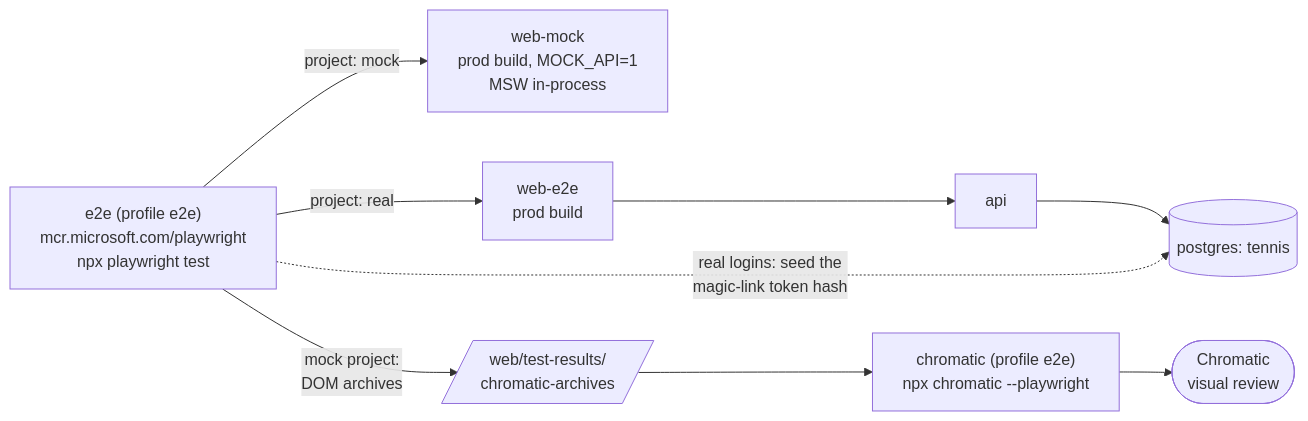
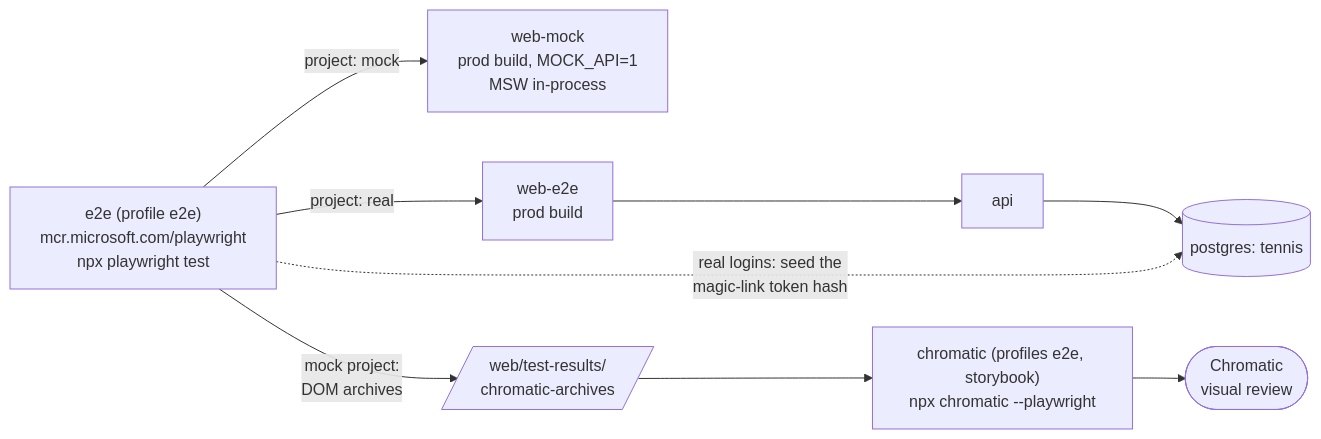
Before and after one commit to l1em1on1/social-tennis: the tenth of 12 diagrams in docs/architecture.md, drawn with Mermaid. The commit also changed other lines of this file and 24 other files, not shown here.

````diff
--- a/docs/architecture.md
+++ b/docs/architecture.md
@@ -424,9 +425,9 @@
 ```mermaid
 flowchart LR
     E["e2e (profile e2e)<br/>mcr.microsoft.com/playwright<br/>npx playwright test"] -->|"project: mock"| WM["web-mock<br/>prod build, MOCK_API=1<br/>MSW in-process"]
     E -->|"project: real"| WE["web-e2e<br/>prod build"]
     WE --> A2["api"] --> DB2[("postgres: tennis")]
     E -.->|"real logins: seed the<br/>magic-link token hash"| DB2
     E -->|"mock project:<br/>DOM archives"| AR[/"web/test-results/<br/>chromatic-archives"/]
-    AR --> C["chromatic (profile e2e)<br/>npx chromatic --playwright"] --> CH(["Chromatic<br/>visual review"])
+    AR --> C["chromatic (profiles e2e, storybook)<br/>npx chromatic --playwright"] --> CH(["Chromatic<br/>visual review"])
 ```
````
